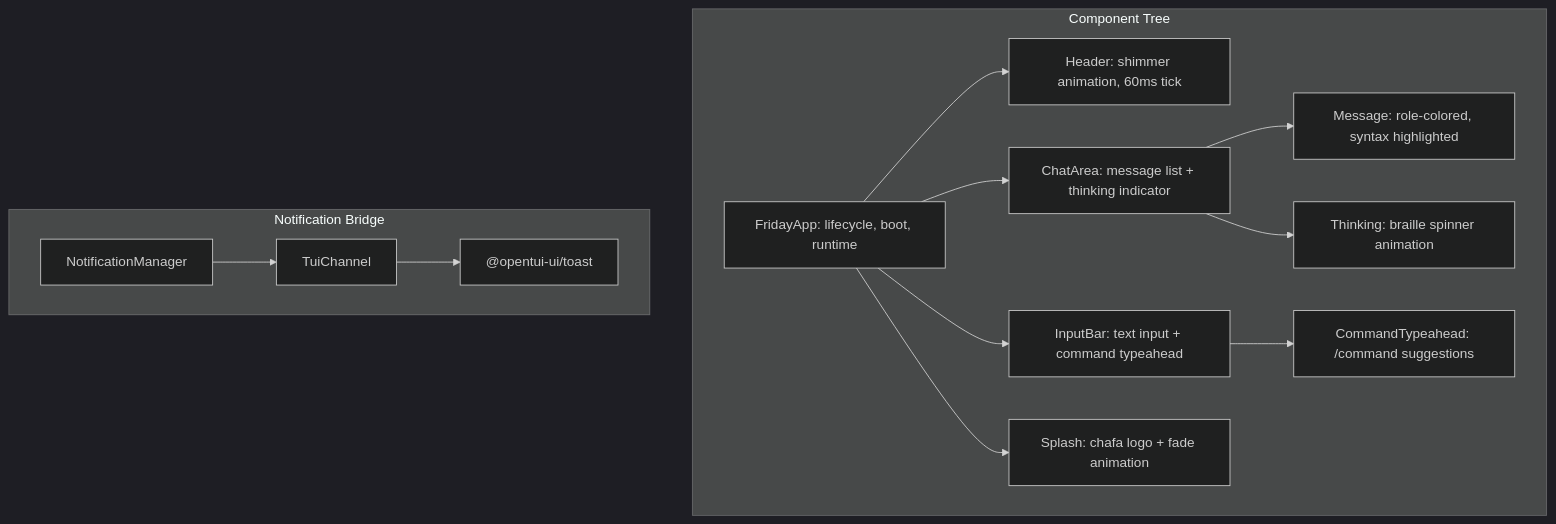
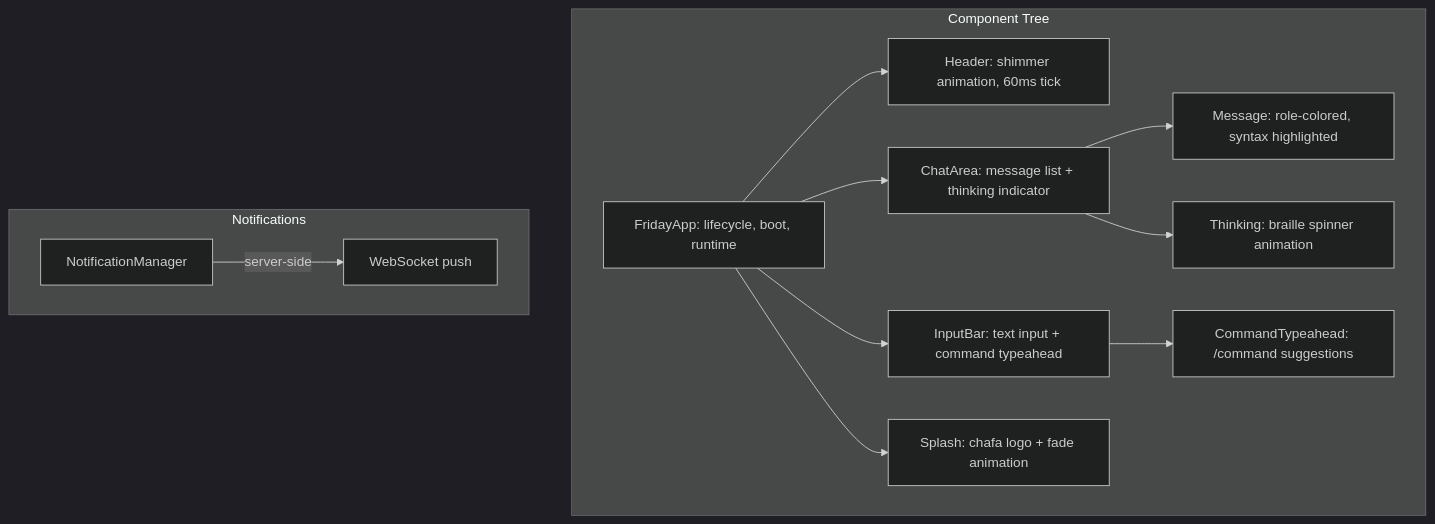
Diagram 11 of 20 in README.md (byronmcclain/friday), drawn with Mermaid (dark theme) before and after one commit. The commit also changed other lines of this file and 8 other files, not shown here.

````diff
--- a/README.md
+++ b/README.md
@@ -418,18 +421,17 @@
 ```mermaid
 flowchart TB
     subgraph ComponentTree ["Component Tree"]
         APP[FridayApp: lifecycle, boot, runtime] --> HDR[Header: shimmer animation, 60ms tick]
         APP --> CHAT[ChatArea: message list + thinking indicator]
         APP --> INPUT[InputBar: text input + command typeahead]
         APP --> SPLASH[Splash: chafa logo + fade animation]
 
         CHAT --> MSG[Message: role-colored, syntax highlighted]
         CHAT --> THINK[Thinking: braille spinner animation]
         INPUT --> TA[CommandTypeahead: /command suggestions]
     end
 
-    subgraph Bridge ["Notification Bridge"]
-        NM[NotificationManager] --> TC[TuiChannel]
-        TC --> TOAST["@opentui-ui/toast"]
+    subgraph Bridge ["Notifications"]
+        NM[NotificationManager] -->|"server-side"| WS[WebSocket push]
     end
 ```
````
